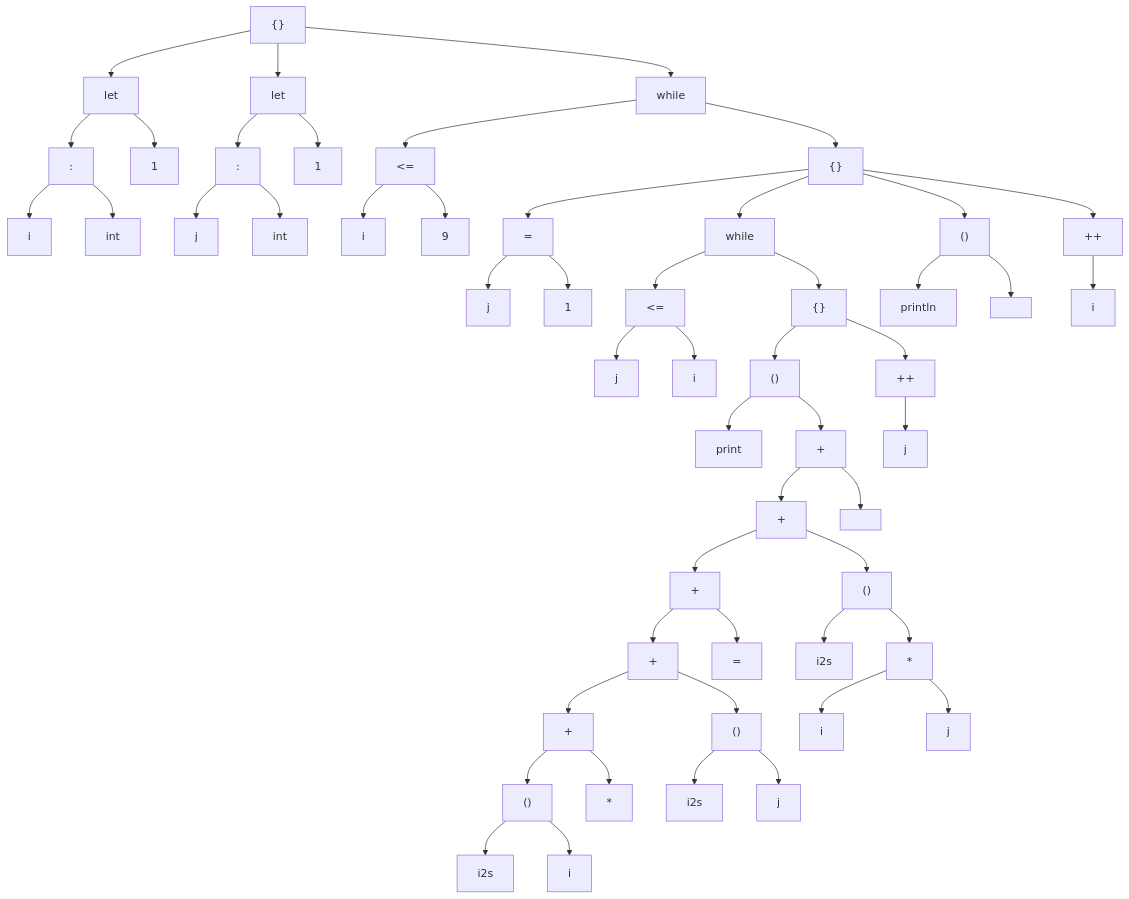
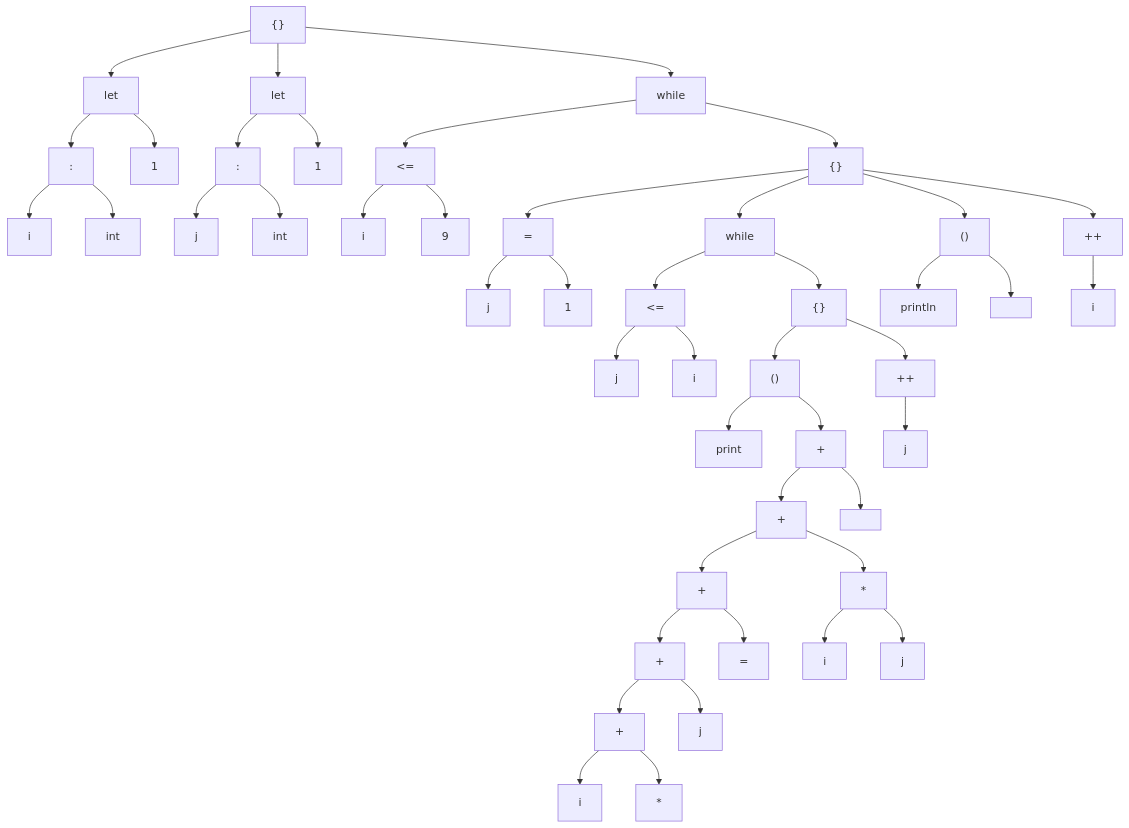
Before and after one commit to Yaossg/Porkchop: the first of 2 diagrams in README.md, drawn with Mermaid. The commit also changed other lines of this file and 11 other files, not shown here.

````diff
--- a/README.md
+++ b/README.md
@@ -147,45 +146,33 @@
 29-->30
 30["+"]
 30-->31
-31["()"]
-31-->32
-32["i2s"]
-31-->33
-33["i"]
-30-->34
-34[""*""]
-29-->35
-35["()"]
+31["i"]
+30-->32
+32[""*""]
+29-->33
+33["j"]
+28-->34
+34[""=""]
+27-->35
+35["*"]
 35-->36
-36["i2s"]
+36["i"]
 35-->37
 37["j"]
-28-->38
-38[""=""]
-27-->39
-39["()"]
+26-->38
+38["" ""]
+23-->39
+39["++"]
 39-->40
-40["i2s"]
-39-->41
-41["*"]
+40["j"]
+15-->41
+41["()"]
 41-->42
-42["i"]
+42["println"]
 41-->43
-43["j"]
-26-->44
-44["" ""]
-23-->45
-45["++"]
-45-->46
-46["j"]
-15-->47
-47["()"]
-47-->48
-48["println"]
-47-->49
-49["" ""]
-15-->50
-50["++"]
-50-->51
-51["i"]
+43["" ""]
+15-->44
+44["++"]
+44-->45
+45["i"]
 ```
````
